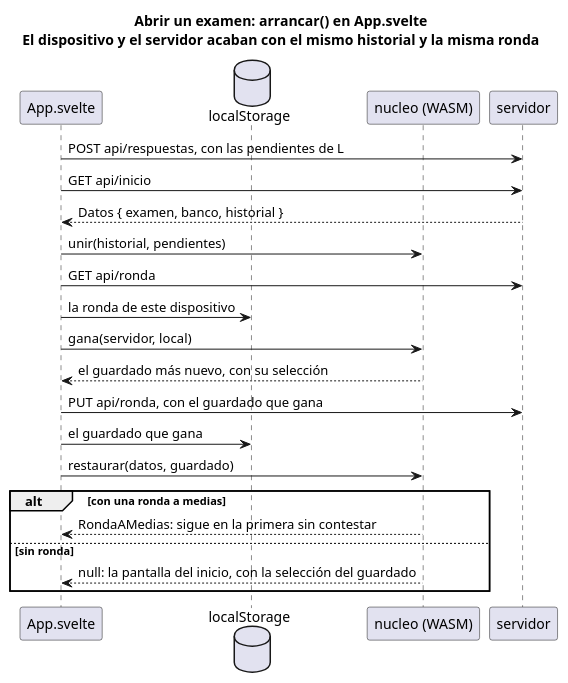
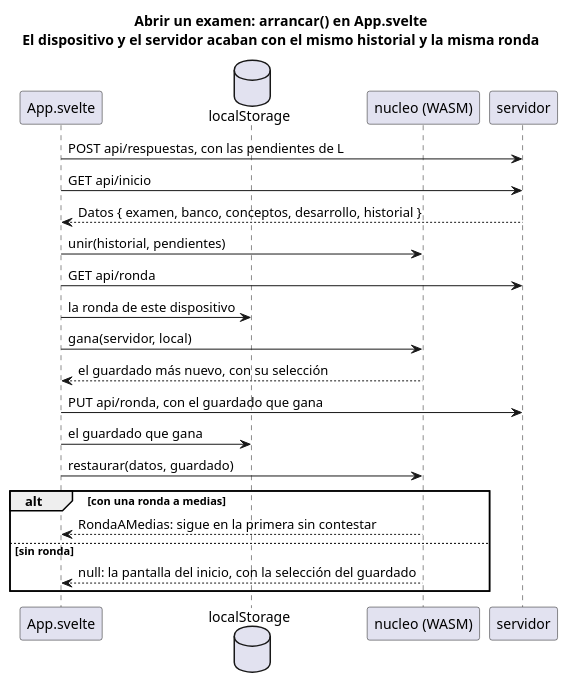
Before and after one commit to jfdg01/examenes: the diagram in docs/diagramas/abrir-un-examen.puml, drawn with PlantUML. The commit also changed 2 other files, not shown here.

Commit message:
chore: los diagramas recogen conceptos.json, desarrollo.json y la escritura con un temporal
Claude-Session: https://claude.ai/code/session_01H2CpDfKHvtvjWT3iaBVuDP

```diff
--- a/docs/diagramas/abrir-un-examen.puml
+++ b/docs/diagramas/abrir-un-examen.puml
@@ -1,26 +1,26 @@
 @startuml abrir-un-examen
 skinparam shadowing false
 title Abrir un examen: arrancar() en App.svelte\nEl dispositivo y el servidor acaban con el mismo historial y la misma ronda
 
 participant "App.svelte" as App
 database localStorage as L
 participant "nucleo (WASM)" as N
 participant servidor as S
 
 App -> S : POST api/respuestas, con las pendientes de L
 App -> S : GET api/inicio
-S --> App : Datos { examen, banco, historial }
+S --> App : Datos { examen, banco, conceptos, desarrollo, historial }
 App -> N : unir(historial, pendientes)
 App -> S : GET api/ronda
 App -> L : la ronda de este dispositivo
 App -> N : gana(servidor, local)
 N --> App : el guardado más nuevo, con su selección
 App -> S : PUT api/ronda, con el guardado que gana
 App -> L : el guardado que gana
 App -> N : restaurar(datos, guardado)
 alt con una ronda a medias
   N --> App : RondaAMedias: sigue en la primera sin contestar
 else sin ronda
   N --> App : null: la pantalla del inicio, con la selección del guardado
 end
 @enduml
```
